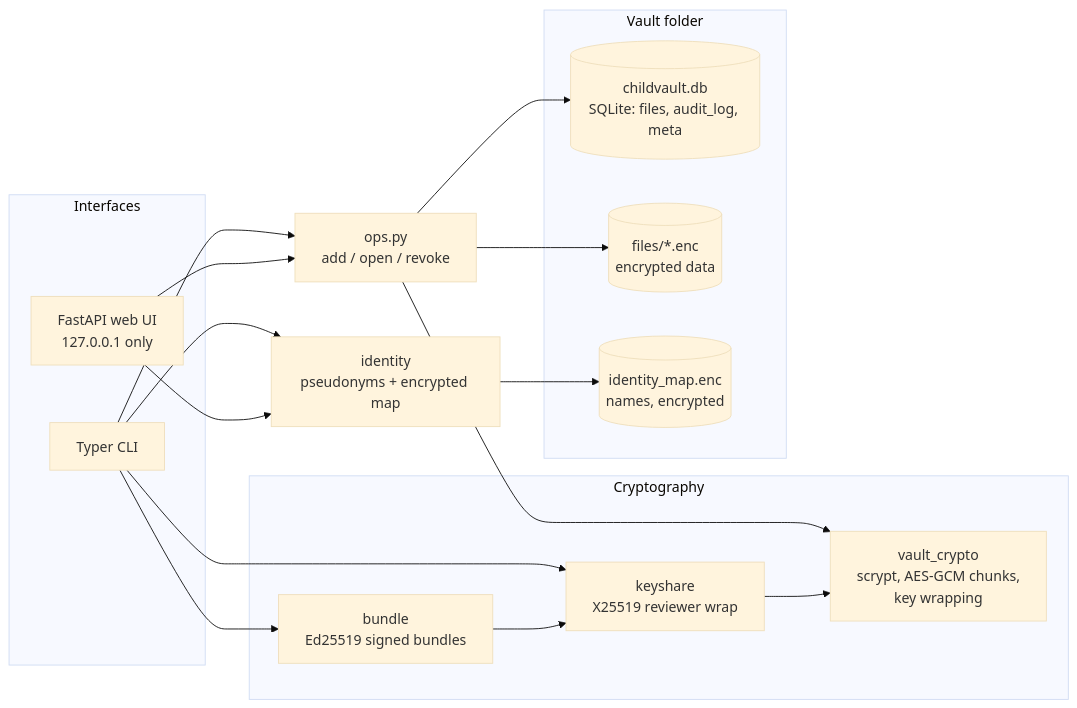
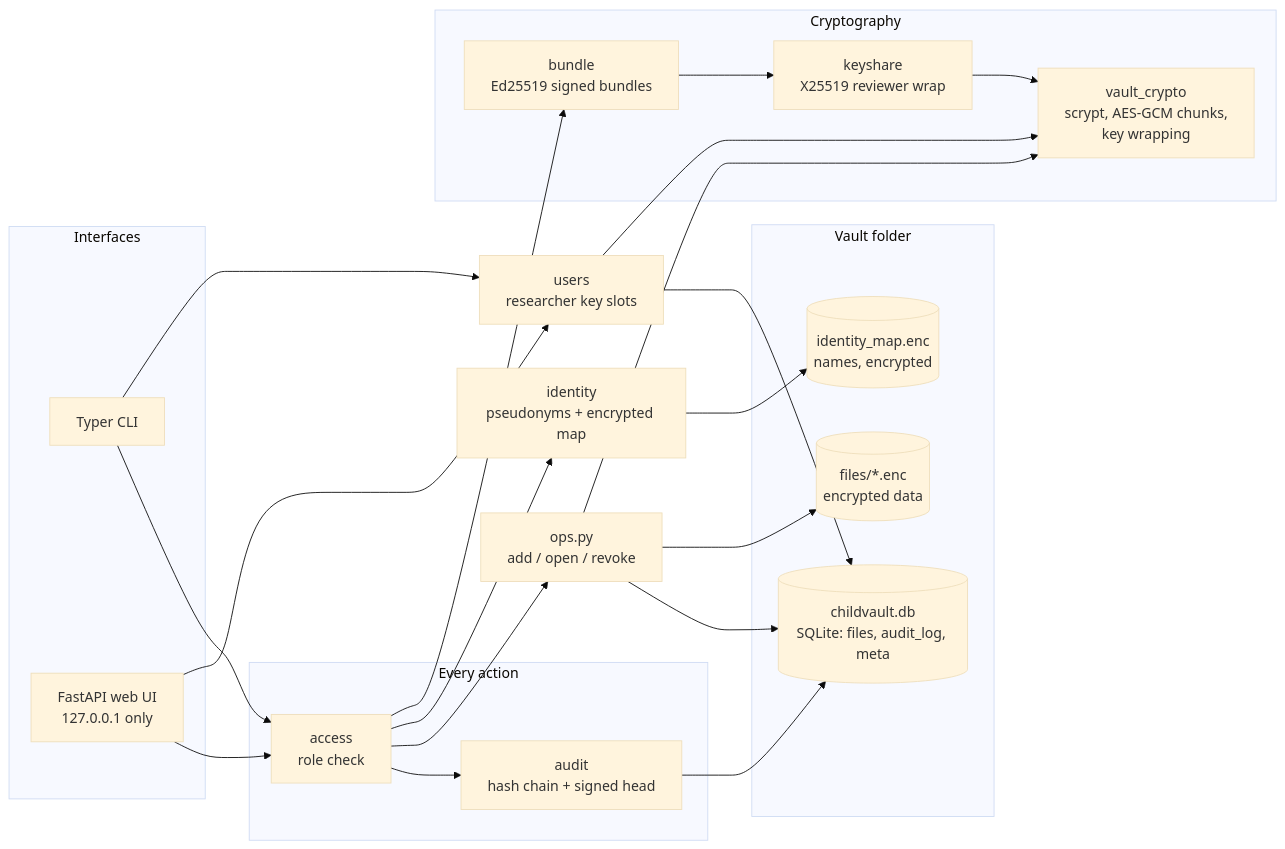
The first of 5 diagrams in README.md (maya573pasha/ChildVault), drawn with Mermaid (base theme) before and after one commit. The commit also changed other lines of this file and 2 other files, not shown here.

````diff
--- a/README.md
+++ b/README.md
@@ -89,36 +96,47 @@
 ```mermaid
 flowchart LR
     subgraph UI["Interfaces"]
         CLI["Typer CLI"]
         WEB["FastAPI web UI<br/>127.0.0.1 only"]
     end
 
+    subgraph GATE["Every action"]
+        ACC["access<br/>role check"]
+        AUD["audit<br/>hash chain + signed head"]
+    end
+
     OPS["ops.py<br/>add / open / revoke"]
+    USR["users<br/>researcher key slots"]
 
     subgraph CRYPTO["Cryptography"]
         VC["vault_crypto<br/>scrypt, AES-GCM chunks,<br/>key wrapping"]
         KS["keyshare<br/>X25519 reviewer wrap"]
         BN["bundle<br/>Ed25519 signed bundles"]
     end
 
     ID["identity<br/>pseudonyms + encrypted map"]
 
     subgraph DISK["Vault folder"]
         DB[("childvault.db<br/>SQLite: files, audit_log, meta")]
         ENC[("files/*.enc<br/>encrypted data")]
         MAP[("identity_map.enc<br/>names, encrypted")]
     end
 
-    CLI --> OPS
-    WEB --> OPS
-    CLI --> KS
-    CLI --> BN
-    CLI --> ID
-    WEB --> ID
+    CLI --> ACC
+    WEB --> ACC
+    ACC --> AUD
+    ACC --> OPS
+    ACC --> ID
+    ACC --> BN
+    CLI --> USR
+    WEB --> USR
     OPS --> VC
+    BN --> KS
     KS --> VC
-    BN --> KS
+    USR --> VC
     OPS --> DB
     OPS --> ENC
+    AUD --> DB
+    USR --> DB
     ID --> MAP
 ```
````
